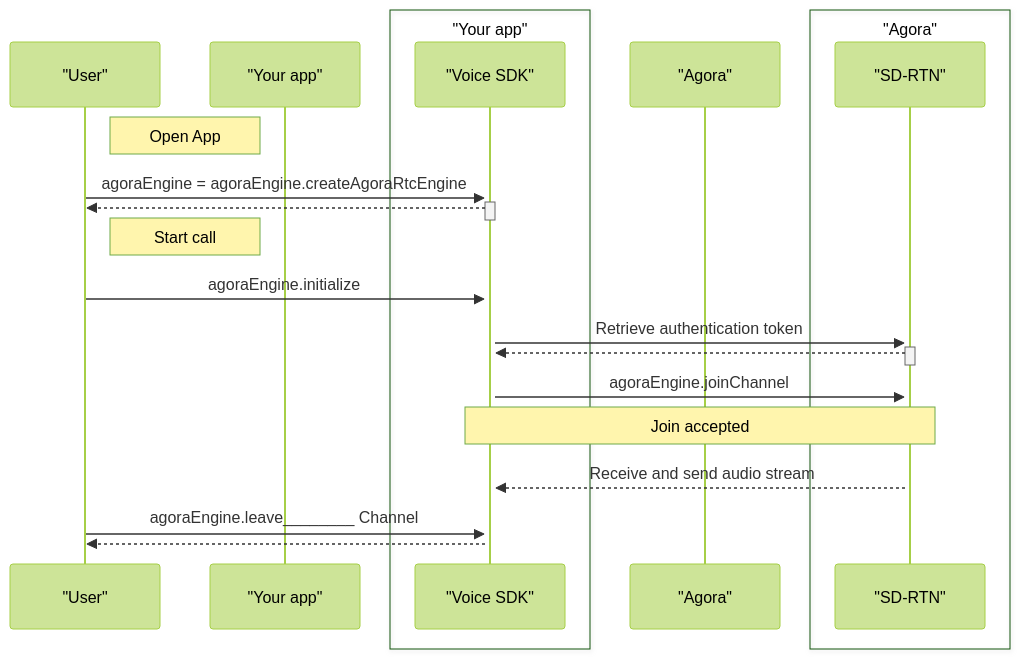
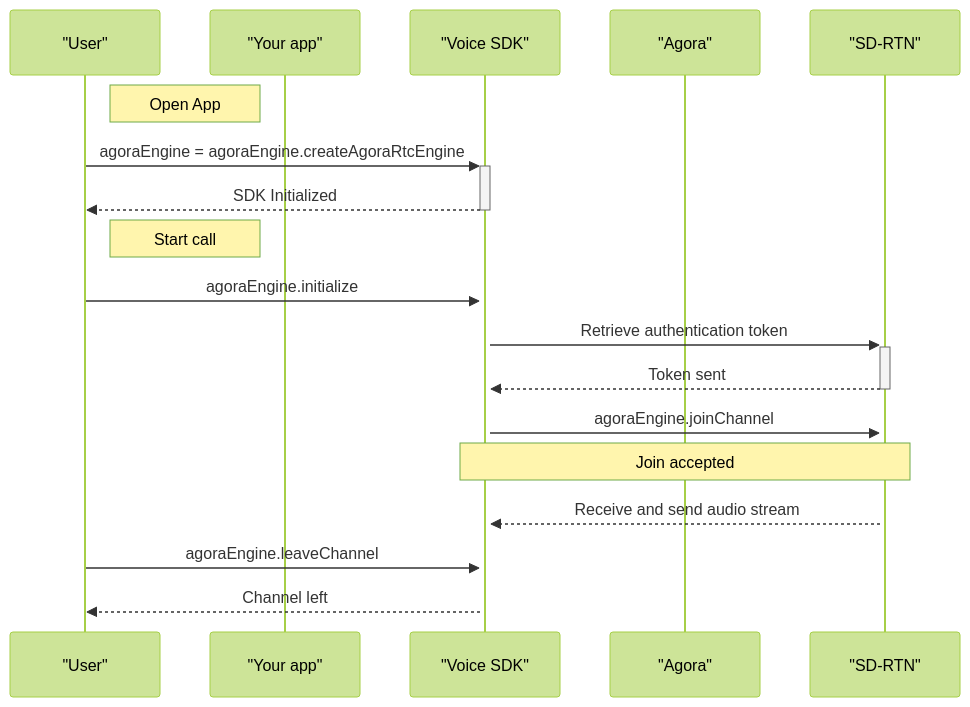
The diagram in mermaid-openai/voice-sdk/voice-call-logic-electron.mermaid (digitallysavvy/Docs-Diagram-Images), drawn with Mermaid (forest theme) before and after one commit. The commit also changed 15 other files, not shown here.

Commit message:
updated text and diagrams

````diff
--- a/mermaid-openai/voice-sdk/voice-call-logic-electron.mermaid
+++ b/mermaid-openai/voice-sdk/voice-call-logic-electron.mermaid
@@ -1,23 +1,21 @@
+```mermaid
 sequenceDiagram
     participant User as "User"
     participant App as "Your app"
-    box "Your app"
-        participant SDK as "Voice SDK"
-    end
+    participant SDK as "Voice SDK"
     participant Agora as "Agora"
-    box "Agora"
-        participant SDRTN as "SD-RTN"
-    end
+    participant SDRTN as "SD-RTN"
 
     Note right of User: Open App
     User ->>+ SDK: agoraEngine = agoraEngine.createAgoraRtcEngine
-    SDK -->>- User: 
+    SDK -->>- User: SDK Initialized
     Note right of User: Start call
     User ->>+ SDK: agoraEngine.initialize
     SDK ->>+ SDRTN: Retrieve authentication token
-    SDRTN -->>- SDK: 
+    SDRTN -->>- SDK: Token sent
     SDK ->>+ SDRTN: agoraEngine.joinChannel
     Note over SDRTN, SDK: Join accepted
     SDRTN -->> SDK: Receive and send audio stream
-    User ->> SDK: agoraEngine.leave________ Channel
-    SDK -->> User:
+    User ->> SDK: agoraEngine.leaveChannel
+    SDK -->> User: Channel left
+```
````
